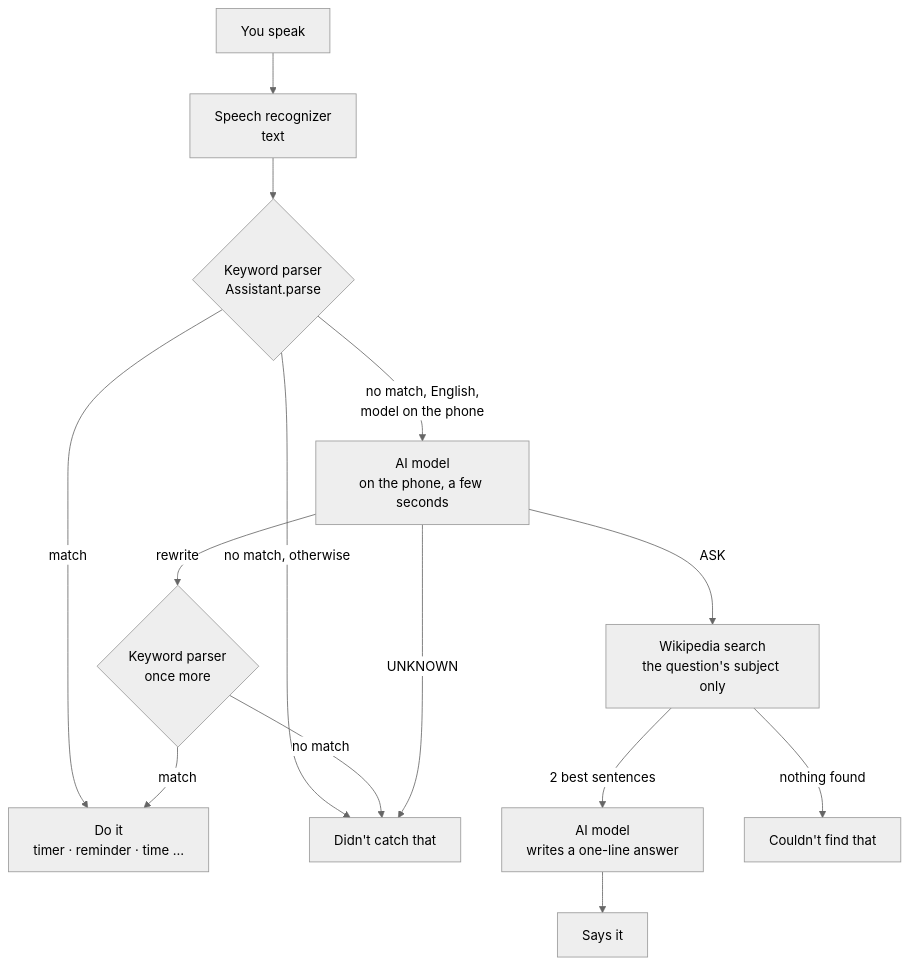
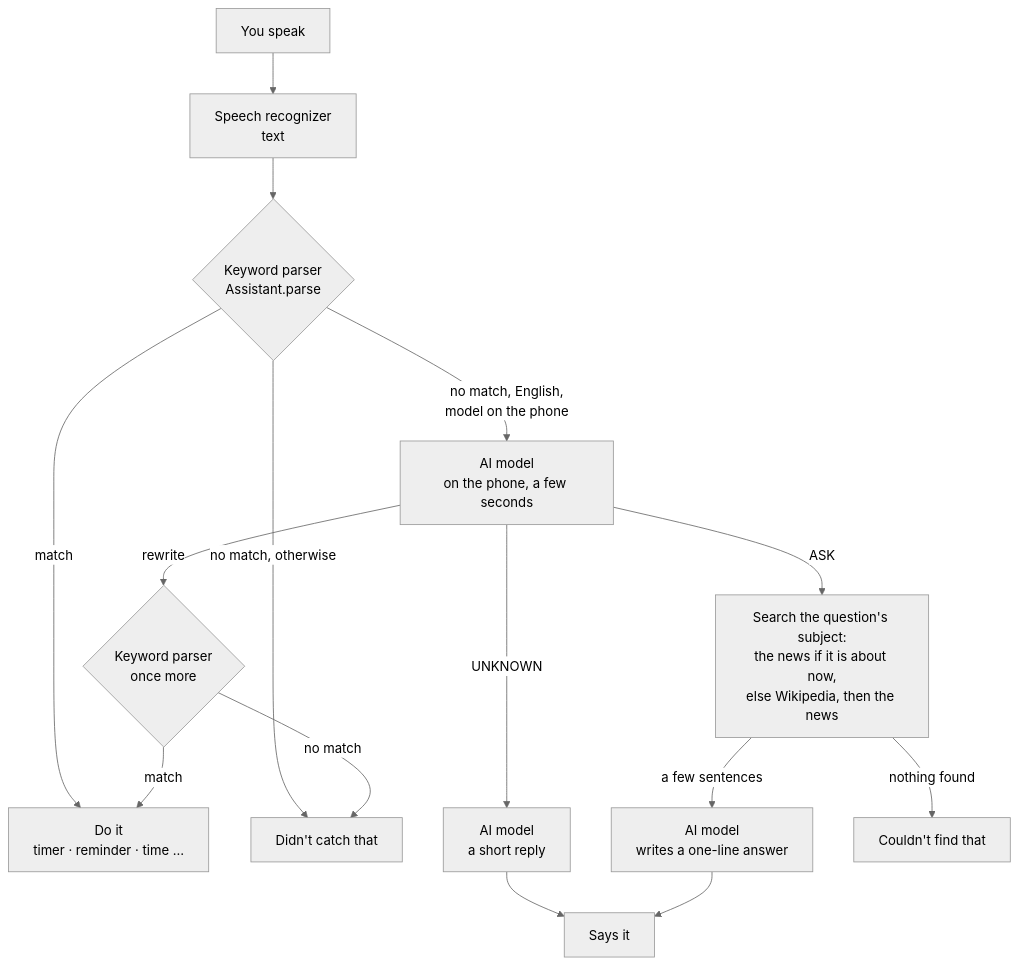
One commit to dorjelama/node01-afterlife changed the diagram in README.md. Above: the diagram before and after it, drawn with Mermaid (neutral theme). The commit also changed other lines of this file and 25 other files, not shown here.

````diff
--- a/README.md
+++ b/README.md
@@ -185,16 +193,17 @@
 ```mermaid
 flowchart TD
     S["You speak"] --> R["Speech recognizer<br/>text"]
     R --> KW{"Keyword parser<br/>Assistant.parse"}
     KW -- "match" --> ACT["Do it<br/>timer · reminder · time …"]
     KW -- "no match, English,<br/>model on the phone" --> M["AI model<br/>on the phone, a few seconds"]
     KW -- "no match, otherwise" --> NO["Didn't catch that"]
     M -- "rewrite" --> KW2{"Keyword parser<br/>once more"}
     KW2 -- "match" --> ACT
     KW2 -- "no match" --> NO
-    M -- "UNKNOWN" --> NO
-    M -- "ASK" --> W["Wikipedia search<br/>the question's subject only"]
-    W -- "2 best sentences" --> A["AI model<br/>writes a one-line answer"]
+    M -- "UNKNOWN" --> C["AI model<br/>a short reply"]
+    C --> SAY
+    M -- "ASK" --> W["Search the question's subject:<br/>the news if it is about now,<br/>else Wikipedia, then the news"]
+    W -- "a few sentences" --> A["AI model<br/>writes a one-line answer"]
     A --> SAY["Says it"]
     W -- "nothing found" --> NF["Couldn't find that"]
 ```
````
